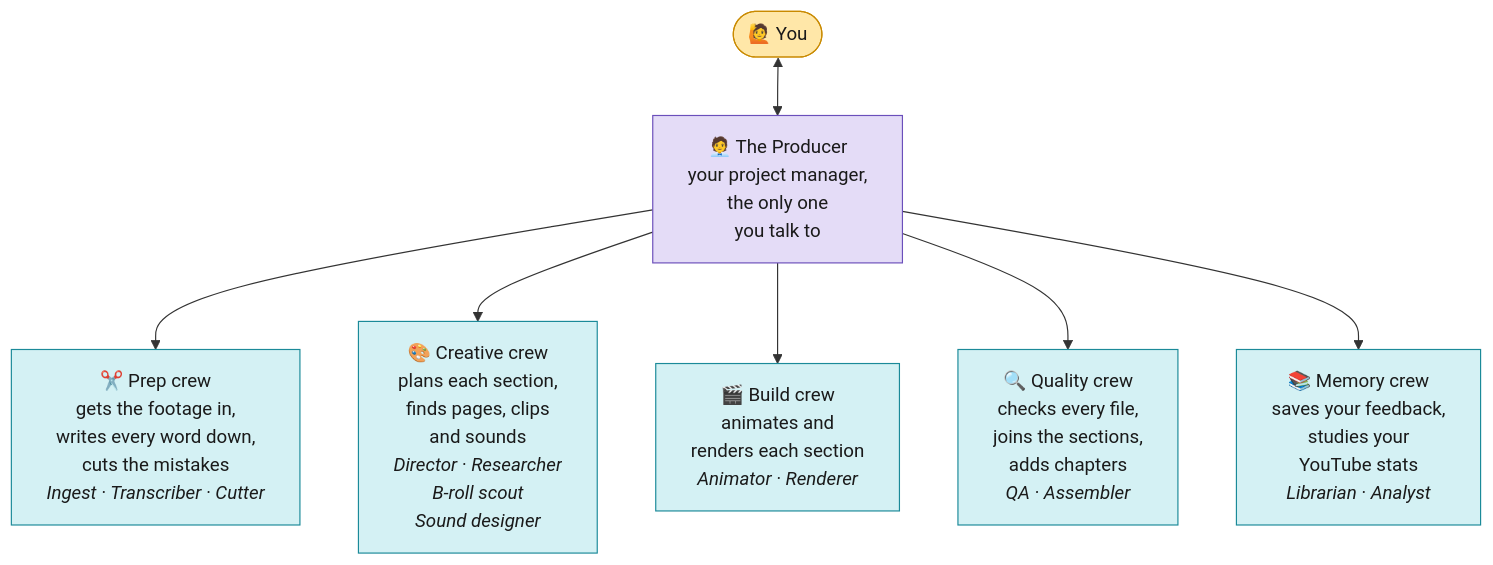
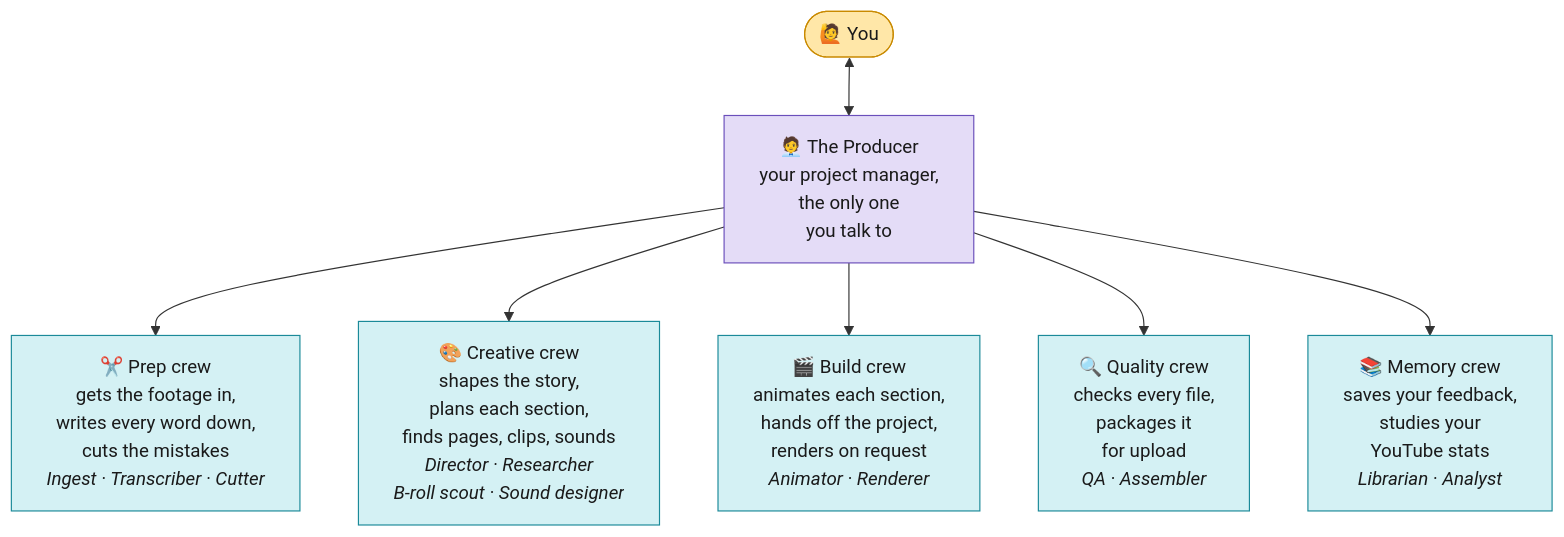
One commit to harshilsaini26/Video-Workflow changed the first of 3 diagrams in Editing-Workflow/longform/README.md. Above: the diagram before and after it, drawn with Mermaid. The commit also changed other lines of this file and 3 other files, not shown here.

First line of the commit message:
Profile READMEs: the hand-off as the end, where you decide, what each team does now

````diff
--- a/Editing-Workflow/longform/README.md
+++ b/Editing-Workflow/longform/README.md
@@ -83,14 +112,12 @@
 ```mermaid
 flowchart TD
     YOU(["🙋 You"]):::you <--> P["🧑‍💼 The Producer<br/>your project manager,<br/>the only one<br/>you talk to"]:::lead
     P --> G1["✂️ Prep crew<br/>gets the footage in,<br/>writes every word down,<br/>cuts the mistakes<br/><i>Ingest · Transcriber · Cutter</i>"]:::team
-    P --> G2["🎨 Creative crew<br/>plans each section,<br/>finds pages, clips<br/>and sounds<br/><i>Director · Researcher</i><br/><i>B-roll scout</i><br/><i>Sound designer</i>"]:::team
-    P --> G3["🎬 Build crew<br/>animates and<br/>renders each section<br/><i>Animator · Renderer</i>"]:::team
-    P --> G4["🔍 Quality crew<br/>checks every file,<br/>joins the sections,<br/>adds chapters<br/><i>QA · Assembler</i>"]:::team
+    P --> G2["🎨 Creative crew<br/>shapes the story,<br/>plans each section,<br/>finds pages, clips, sounds<br/><i>Director · Researcher</i><br/><i>B-roll scout · Sound designer</i>"]:::team
+    P --> G3["🎬 Build crew<br/>animates each section,<br/>hands off the project,<br/>renders on request<br/><i>Animator · Renderer</i>"]:::team
+    P --> G4["🔍 Quality crew<br/>checks every file,<br/>packages it<br/>for upload<br/><i>QA · Assembler</i>"]:::team
     P --> G5["📚 Memory crew<br/>saves your feedback,<br/>studies your<br/>YouTube stats<br/><i>Librarian · Analyst</i>"]:::team
     classDef you fill:#FFE7A8,stroke:#C98A00,color:#1a1a1a
     classDef team fill:#D4F1F4,stroke:#1B8A99,color:#1a1a1a
     classDef lead fill:#E4DCF7,stroke:#6B4FBB,color:#1a1a1a
-    classDef done fill:#D7F0D2,stroke:#3C8D2F,color:#1a1a1a
-    classDef ask fill:#FFFFFF,stroke:#888888,color:#1a1a1a
 ```
````
